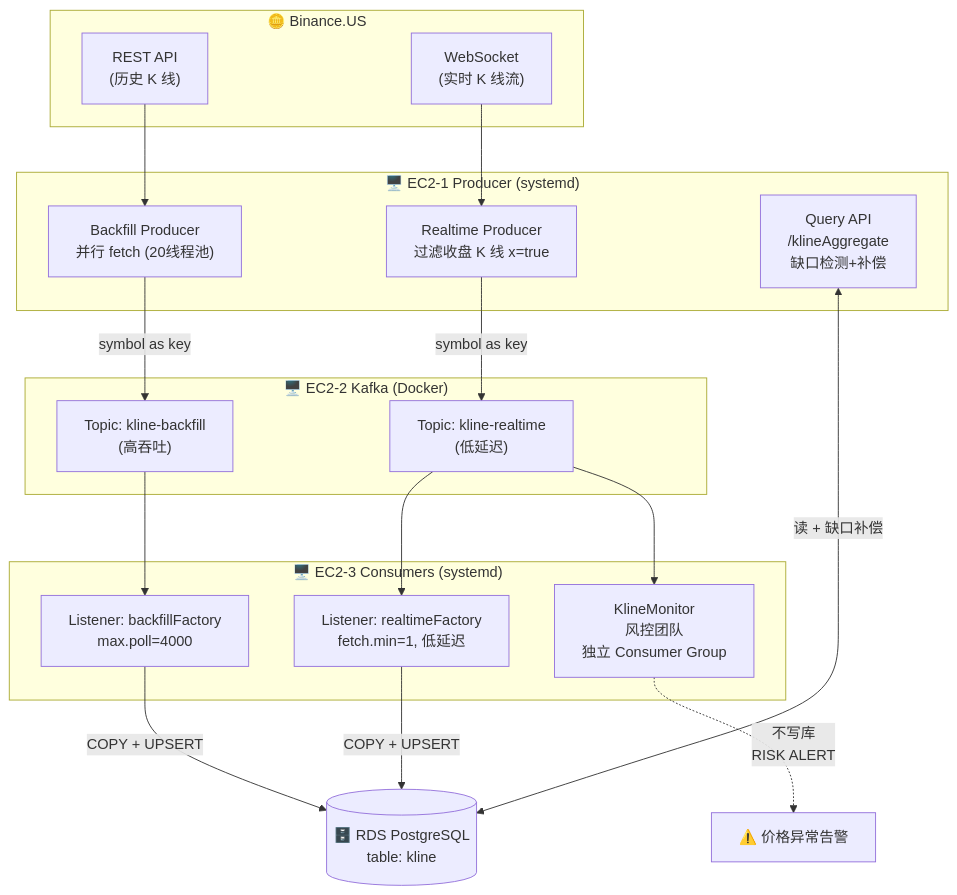
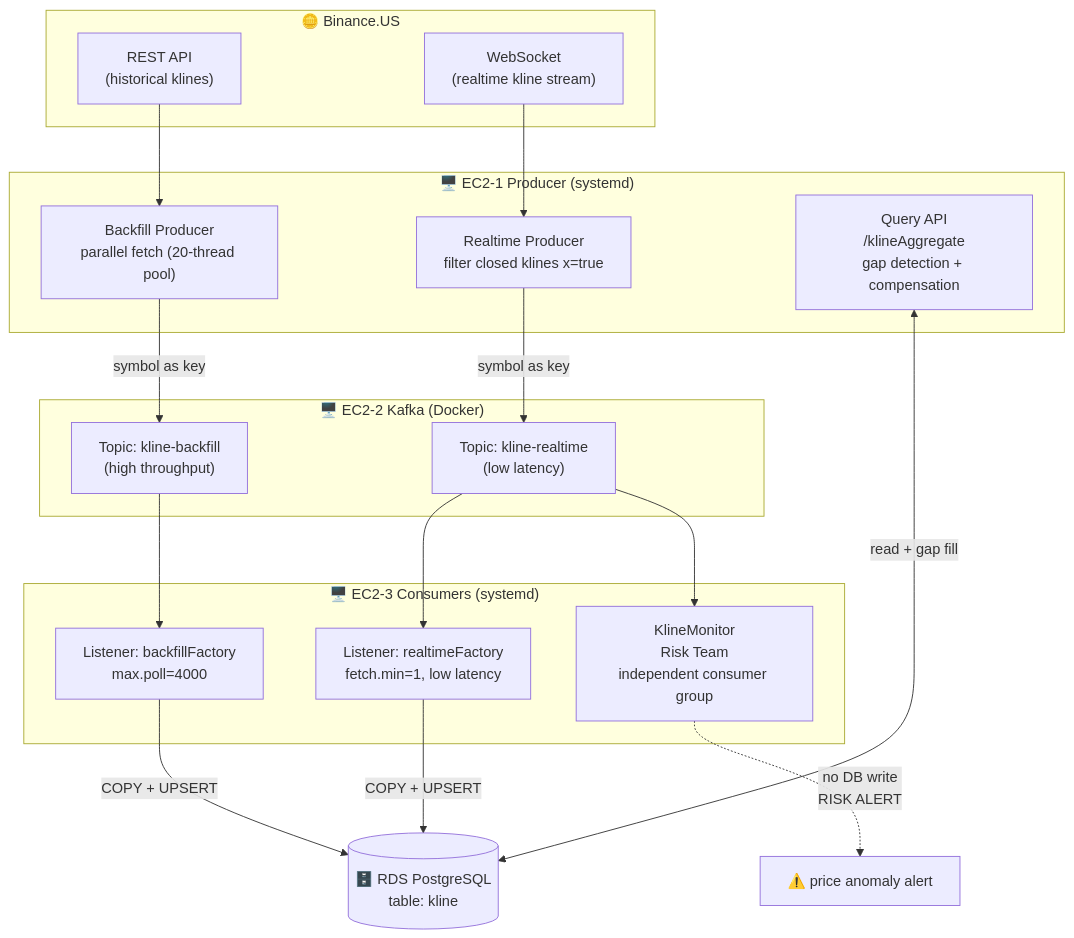
The first of 5 diagrams in README.md (azc2003/KlineLoaderProject), drawn with Mermaid before and after one commit. The commit also changed other lines of this file, not shown here.

````diff
--- a/README.md
+++ b/README.md
@@ -25,38 +25,38 @@
 ```mermaid
 flowchart TB
     subgraph Binance["🪙 Binance.US"]
-        REST["REST API<br/>(历史 K 线)"]
-        WS["WebSocket<br/>(实时 K 线流)"]
+        REST["REST API<br/>(historical klines)"]
+        WS["WebSocket<br/>(realtime kline stream)"]
     end
 
     subgraph EC2_1["🖥️ EC2-1 Producer (systemd)"]
-        BF["Backfill Producer<br/>并行 fetch (20线程池)"]
-        RT["Realtime Producer<br/>过滤收盘 K 线 x=true"]
-        QRY["Query API<br/>/klineAggregate<br/>缺口检测+补偿"]
+        BF["Backfill Producer<br/>parallel fetch (20-thread pool)"]
+        RT["Realtime Producer<br/>filter closed klines x=true"]
+        QRY["Query API<br/>/klineAggregate<br/>gap detection + compensation"]
     end
 
     subgraph EC2_2["🖥️ EC2-2 Kafka (Docker)"]
-        TB["Topic: kline-backfill<br/>(高吞吐)"]
-        TR["Topic: kline-realtime<br/>(低延迟)"]
+        TB["Topic: kline-backfill<br/>(high throughput)"]
+        TR["Topic: kline-realtime<br/>(low latency)"]
     end
 
     subgraph EC2_3["🖥️ EC2-3 Consumers (systemd)"]
         CB["Listener: backfillFactory<br/>max.poll=4000"]
-        CR["Listener: realtimeFactory<br/>fetch.min=1, 低延迟"]
-        MON["KlineMonitor<br/>风控团队<br/>独立 Consumer Group"]
+        CR["Listener: realtimeFactory<br/>fetch.min=1, low latency"]
+        MON["KlineMonitor<br/>Risk Team<br/>independent consumer group"]
     end
 
     DB[("🗄️ RDS PostgreSQL<br/>table: kline")]
 
     REST --> BF
     WS --> RT
     BF -->|symbol as key| TB
     RT -->|symbol as key| TR
     TB --> CB
     TR --> CR
     TR --> MON
     CB -->|COPY + UPSERT| DB
     CR -->|COPY + UPSERT| DB
-    MON -.->|不写库<br/>RISK ALERT| ALERT["⚠️ 价格异常告警"]
-    QRY <-->|读 + 缺口补偿| DB
+    MON -.->|no DB write<br/>RISK ALERT| ALERT["⚠️ price anomaly alert"]
+    QRY <-->|read + gap fill| DB
 ```
````
